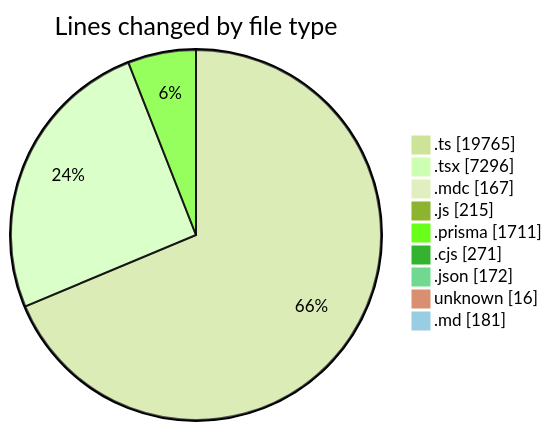
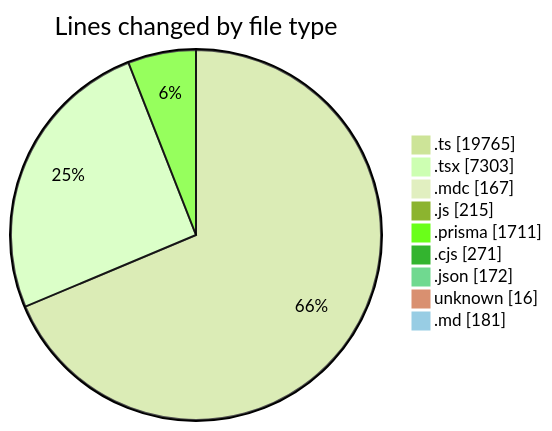
The first of 2 diagrams in 2025-06-06/ecodeli-1/README.md (CELIANVF/code-tracking), drawn with Mermaid (forest theme) before and after one commit. The commit also changed other lines of this file and 1 other file, not shown here.

````diff
--- a/2025-06-06/ecodeli-1/README.md
+++ b/2025-06-06/ecodeli-1/README.md
@@ -103,13 +103,13 @@
 ```mermaid
 pie showData
 title Lines changed by file type
 ".ts" : 19765
-".tsx" : 7296
+".tsx" : 7303
 ".mdc" : 167
 ".js" : 215
 ".prisma" : 1711
 ".cjs" : 271
 ".json" : 172
 "unknown" : 16
 ".md" : 181
 ```
````
